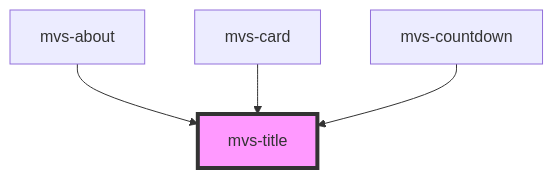
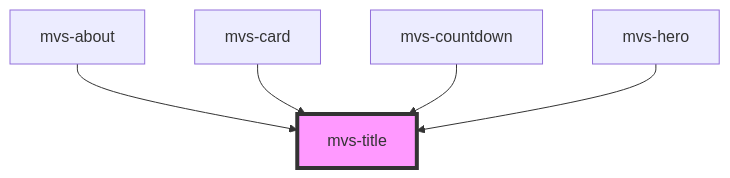
One commit to rafaela-vairo/mvs-design-system changed the diagram in src/components/typography/mvs-title/readme.md. Above: the diagram before and after it, drawn with Mermaid. The commit also changed other lines of this file and 13 other files, not shown here.

````diff
--- a/src/components/typography/mvs-title/readme.md
+++ b/src/components/typography/mvs-title/readme.md
@@ -25,7 +26,8 @@
 ```mermaid
 graph TD;
   mvs-about --> mvs-title
   mvs-card --> mvs-title
   mvs-countdown --> mvs-title
+  mvs-hero --> mvs-title
   style mvs-title fill:#f9f,stroke:#333,stroke-width:4px
 ```
````
